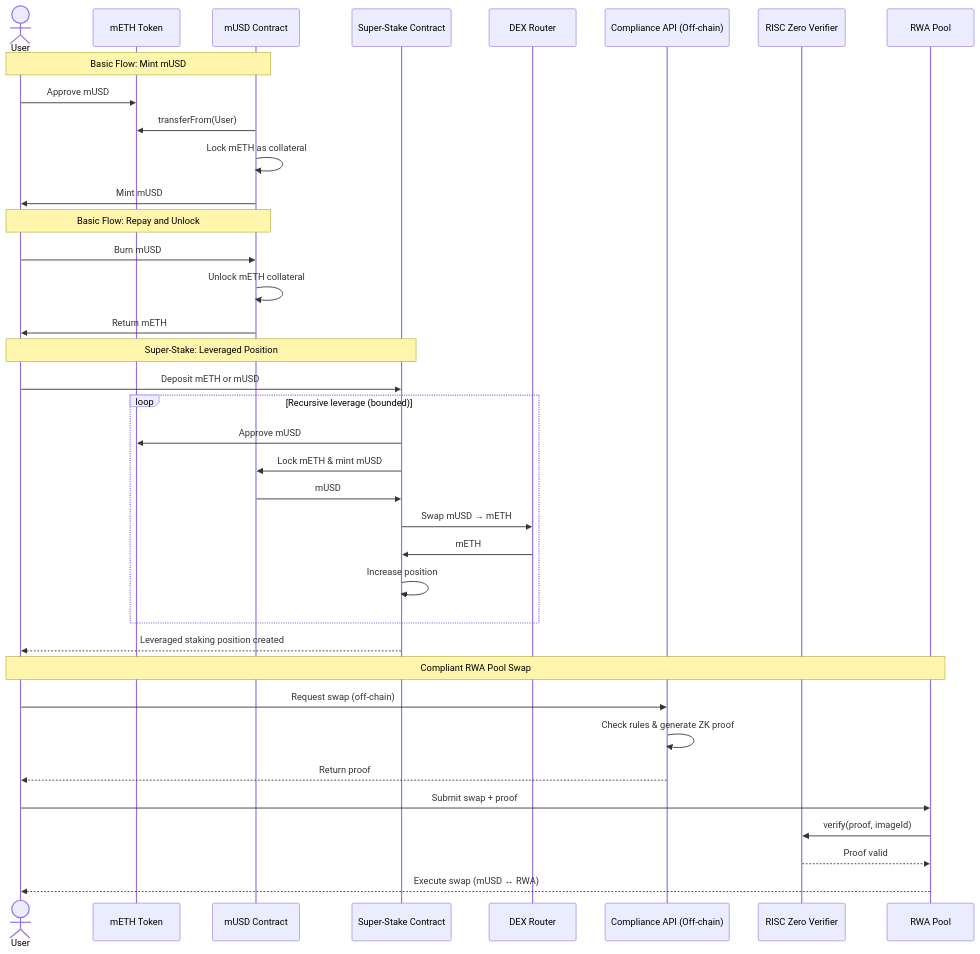
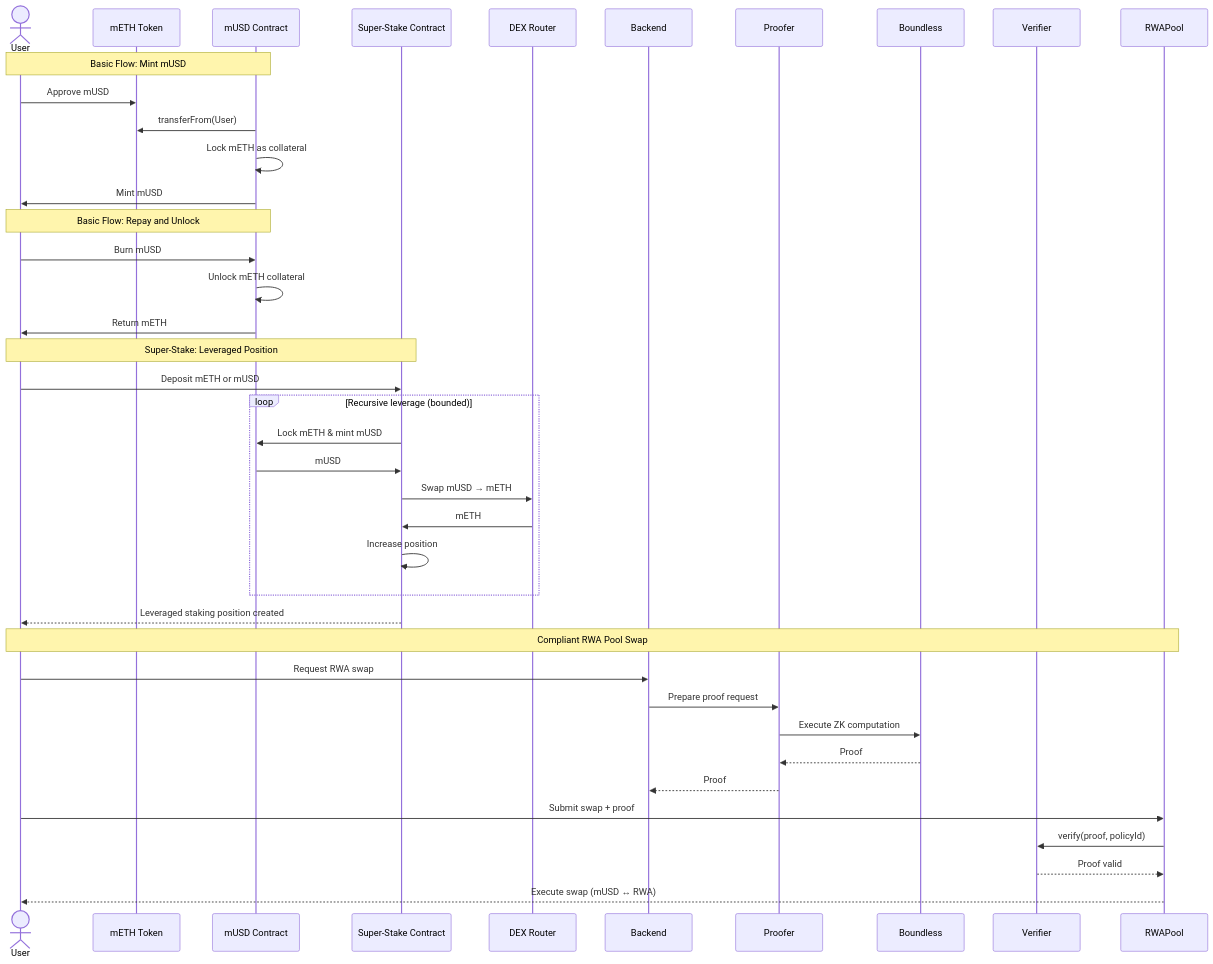
Before and after one commit to yehia67/mantle-usd: the fifth of 5 diagrams in README.md, drawn with Mermaid. The commit also changed other lines of this file, not shown here.

First line of the commit message:
doc: re-add boundless

````diff
--- a/README.md
+++ b/README.md
@@ -273,50 +268,54 @@
 ```mermaid
 sequenceDiagram
     actor User
     participant mETH as mETH Token
     participant mUSD as mUSD Contract
     participant SuperStake as Super-Stake Contract
     participant DEX as DEX Router
-    participant Compliance as Compliance API (Off-chain)
-    participant Verifier as RISC Zero Verifier
-    participant RWAPool as RWA Pool
+    participant Backend
+    participant Proofer
+    participant Boundless
+    participant Verifier
+    participant RWAPool
 
     %% ========= BASIC mUSD MINTING =========
     Note over User,mUSD: Basic Flow: Mint mUSD
     User->>mETH: Approve mUSD
     mUSD->>mETH: transferFrom(User)
     mUSD->>mUSD: Lock mETH as collateral
     mUSD->>User: Mint mUSD
 
+    %% ========= BASIC mUSD REDEEM =========
     Note over User,mUSD: Basic Flow: Repay and Unlock
     User->>mUSD: Burn mUSD
     mUSD->>mUSD: Unlock mETH collateral
     mUSD->>User: Return mETH
 
     %% ========= SUPER-STAKE LEVERAGE =========
     Note over User,SuperStake: Super-Stake: Leveraged Position
     User->>SuperStake: Deposit mETH or mUSD
 
     loop Recursive leverage (bounded)
-        SuperStake->>mETH: Approve mUSD
         SuperStake->>mUSD: Lock mETH & mint mUSD
         mUSD->>SuperStake: mUSD
         SuperStake->>DEX: Swap mUSD → mETH
         DEX->>SuperStake: mETH
         SuperStake->>SuperStake: Increase position
     end
 
     SuperStake-->>User: Leveraged staking position created
 
     %% ========= COMPLIANT RWA SWAP =========
     Note over User,RWAPool: Compliant RWA Pool Swap
-    User->>Compliance: Request swap (off-chain)
-    Compliance->>Compliance: Check rules & generate ZK proof
-    Compliance-->>User: Return proof
+    User->>Backend: Request RWA swap
+    Backend->>Proofer: Prepare proof request
+    Proofer->>Boundless: Execute ZK computation
+    Boundless-->>Proofer: Proof
+    Proofer-->>Backend: Proof
 
     User->>RWAPool: Submit swap + proof
-    RWAPool->>Verifier: verify(proof, imageId)
+    RWAPool->>Verifier: verify(proof, policyId)
     Verifier-->>RWAPool: Proof valid
     RWAPool-->>User: Execute swap (mUSD ↔ RWA)
 
 ```
````
